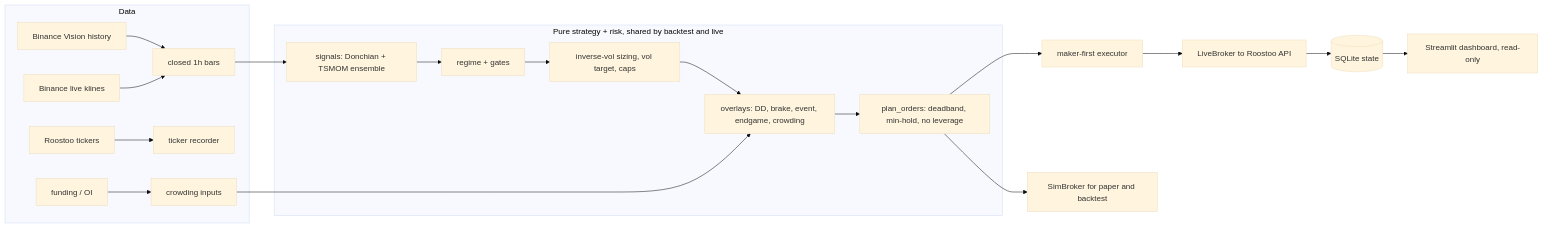
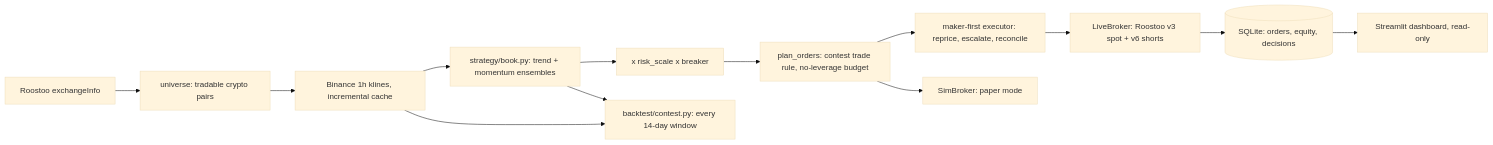
The diagram in README.md (lakshya2109/trend-guard), drawn with Mermaid (base theme) before and after one commit. The commit also changed other lines of this file and 48 other files, not shown here.

First line of the commit message:
strat: replace v1 signal stack with the trend + momentum ensemble book (v2)

````diff
--- a/README.md
+++ b/README.md
@@ -32,22 +56,15 @@
 ```mermaid
 flowchart LR
-    subgraph data[Data]
-      BV[Binance Vision history] --> BARS[closed 1h bars]
-      BL[Binance live klines] --> BARS
-      RT[Roostoo tickers] --> REC[ticker recorder]
-      FD[funding / OI] --> CROWD[crowding inputs]
-    end
-    subgraph pure[Pure strategy + risk, shared by backtest and live]
-      BARS --> SIG[signals: Donchian + TSMOM ensemble]
-      SIG --> REG[regime + gates]
-      REG --> PORT[inverse-vol sizing, vol target, caps]
-      PORT --> OVL[overlays: DD, brake, event, endgame, crowding]
-      CROWD --> OVL
-      OVL --> PLAN[plan_orders: deadband, min-hold, no leverage]
-    end
-    PLAN --> EXE[maker-first executor]
-    EXE --> LB[LiveBroker to Roostoo API]
-    PLAN --> SB[SimBroker for paper and backtest]
-    LB --> DB[(SQLite state)]
-    DB --> DASH[Streamlit dashboard, read-only]
+    RX[Roostoo exchangeInfo] --> U[universe: tradable crypto pairs]
+    U --> C[Binance 1h klines, incremental cache]
+    C --> B[strategy/book.py: trend + momentum ensembles]
+    B --> K[x risk_scale x breaker]
+    K --> P[plan_orders: contest trade rule, no-leverage budget]
+    P --> E[maker-first executor: reprice, escalate, reconcile]
+    E --> L[LiveBroker: Roostoo v3 spot + v6 shorts]
+    P --> S[SimBroker: paper mode]
+    L --> DB[(SQLite: orders, equity, decisions)]
+    DB --> D[Streamlit dashboard, read-only]
+    C --> R[backtest/contest.py: every 14-day window]
+    B --> R
 ```
````
